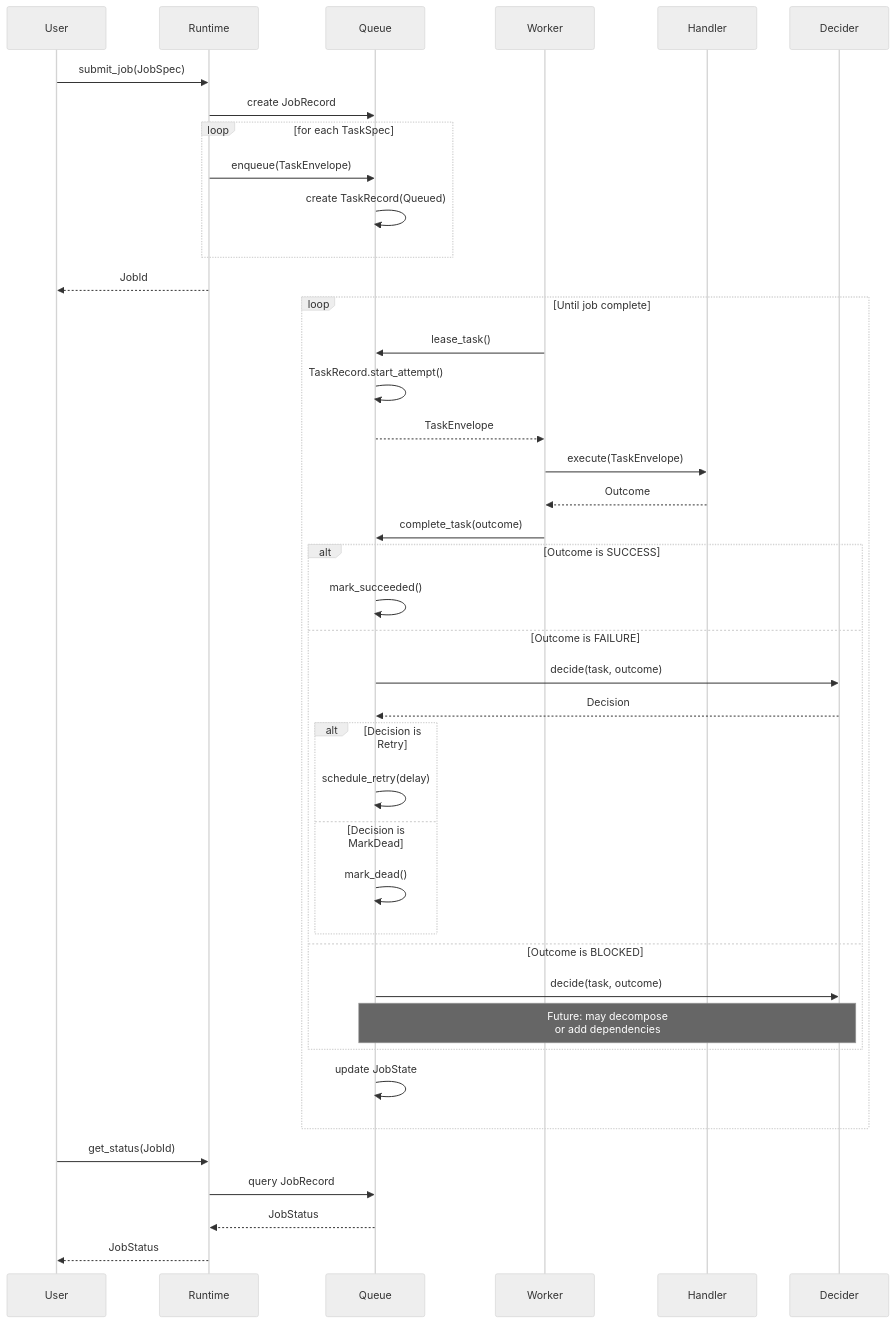
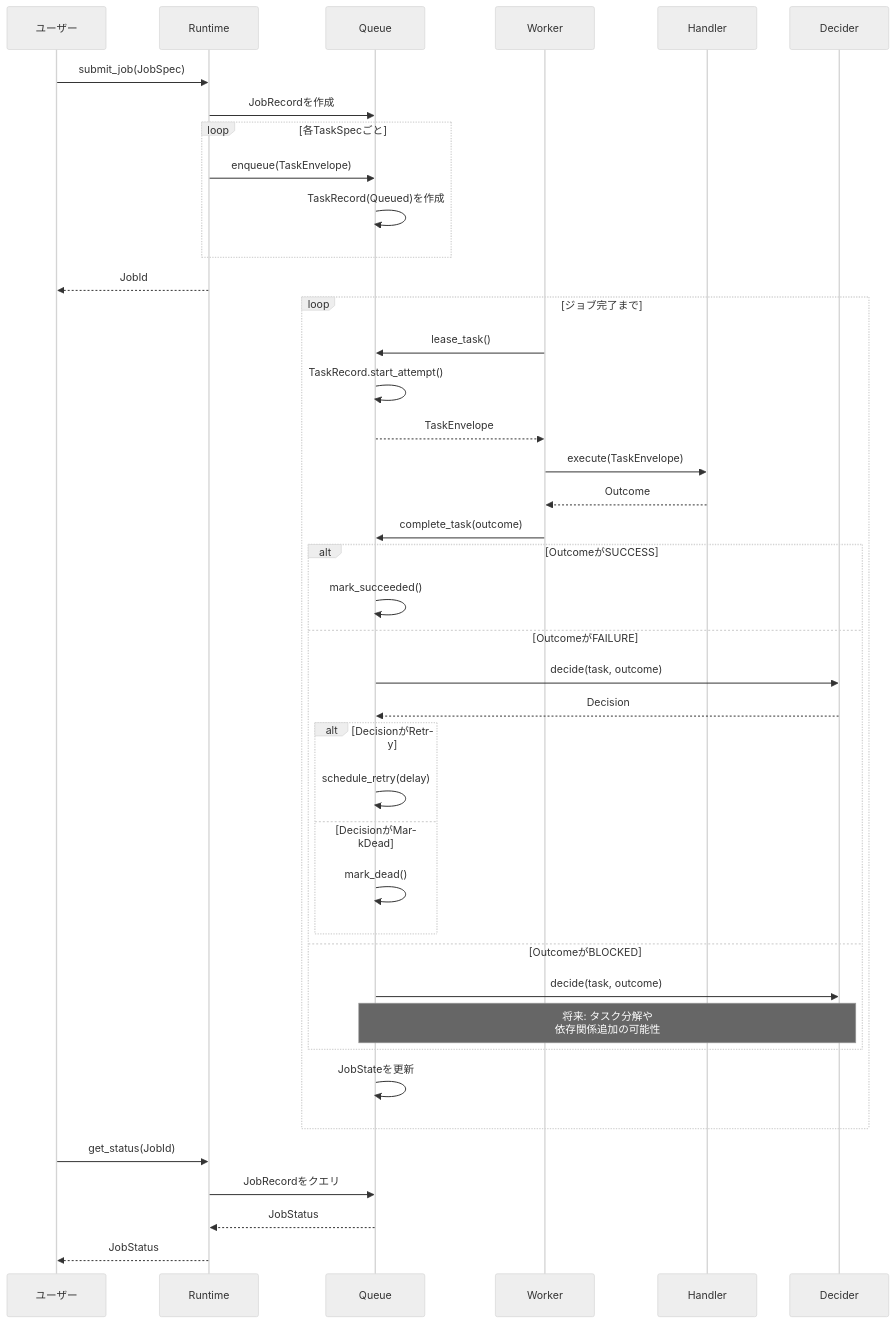
Before and after one commit to kamojiro/weaver: the second of 5 diagrams in dev/docs/architecture/README.md, drawn with Mermaid (neutral theme). The commit also changed other lines of this file and 2 other files, not shown here.

````diff
--- a/dev/docs/architecture/README.md
+++ b/dev/docs/architecture/README.md
@@ -159,50 +159,50 @@
 ```mermaid
 sequenceDiagram
-    participant User
-    participant Runtime
-    participant Queue
-    participant Worker
-    participant Handler
-    participant Decider
+    participant User as ユーザー
+    participant Runtime as Runtime
+    participant Queue as Queue
+    participant Worker as Worker
+    participant Handler as Handler
+    participant Decider as Decider
 
     User->>Runtime: submit_job(JobSpec)
-    Runtime->>Queue: create JobRecord
-    loop for each TaskSpec
+    Runtime->>Queue: JobRecordを作成
+    loop 各TaskSpecごと
         Runtime->>Queue: enqueue(TaskEnvelope)
-        Queue->>Queue: create TaskRecord(Queued)
+        Queue->>Queue: TaskRecord(Queued)を作成
     end
     Runtime-->>User: JobId
 
-    loop Until job complete
+    loop ジョブ完了まで
         Worker->>Queue: lease_task()
         Queue->>Queue: TaskRecord.start_attempt()
         Queue-->>Worker: TaskEnvelope
 
         Worker->>Handler: execute(TaskEnvelope)
         Handler-->>Worker: Outcome
 
         Worker->>Queue: complete_task(outcome)
 
-        alt Outcome is SUCCESS
+        alt OutcomeがSUCCESS
             Queue->>Queue: mark_succeeded()
-        else Outcome is FAILURE
+        else OutcomeがFAILURE
             Queue->>Decider: decide(task, outcome)
             Decider-->>Queue: Decision
-            alt Decision is Retry
+            alt DecisionがRetry
                 Queue->>Queue: schedule_retry(delay)
-            else Decision is MarkDead
+            else DecisionがMarkDead
                 Queue->>Queue: mark_dead()
             end
-        else Outcome is BLOCKED
+        else OutcomeがBLOCKED
             Queue->>Decider: decide(task, outcome)
-            Note over Queue,Decider: Future: may decompose<br/>or add dependencies
+            Note over Queue,Decider: 将来: タスク分解や<br/>依存関係追加の可能性
         end
 
-        Queue->>Queue: update JobState
+        Queue->>Queue: JobStateを更新
     end
 
     User->>Runtime: get_status(JobId)
-    Runtime->>Queue: query JobRecord
+    Runtime->>Queue: JobRecordをクエリ
     Queue-->>Runtime: JobStatus
     Runtime-->>User: JobStatus
 ```
````
